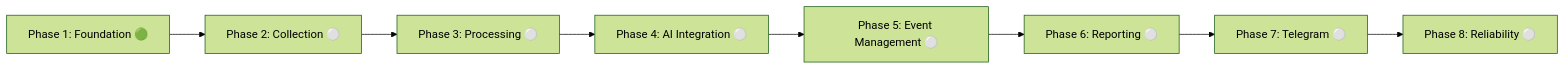
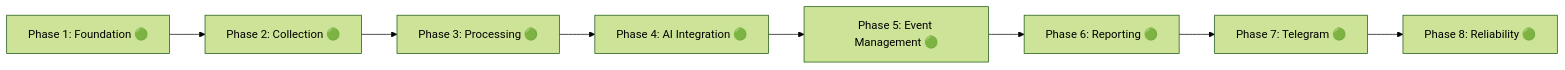
The diagram in docs/ROADMAP.md (jkiani89/middle-east-news-bot), drawn with Mermaid (forest theme) before and after one commit. The commit also changed other lines of this file, not shown here.

Commit message:
docs(roadmap): reflect actual phase status after audit

````diff
--- a/docs/ROADMAP.md
+++ b/docs/ROADMAP.md
@@ -9,10 +9,10 @@
 ```mermaid
 flowchart LR
-    P1[Phase 1: Foundation 🟢] --> P2[Phase 2: Collection ⚪]
-    P2 --> P3[Phase 3: Processing ⚪]
-    P3 --> P4[Phase 4: AI Integration ⚪]
-    P4 --> P5[Phase 5: Event Management ⚪]
-    P5 --> P6[Phase 6: Reporting ⚪]
-    P6 --> P7[Phase 7: Telegram ⚪]
-    P7 --> P8[Phase 8: Reliability ⚪]
+    P1[Phase 1: Foundation 🟢] --> P2[Phase 2: Collection 🟢]
+    P2 --> P3[Phase 3: Processing 🟢]
+    P3 --> P4[Phase 4: AI Integration 🟢]
+    P4 --> P5[Phase 5: Event Management 🟢]
+    P5 --> P6[Phase 6: Reporting 🟢]
+    P6 --> P7[Phase 7: Telegram 🟢]
+    P7 --> P8[Phase 8: Reliability 🟢]
 ```
````
